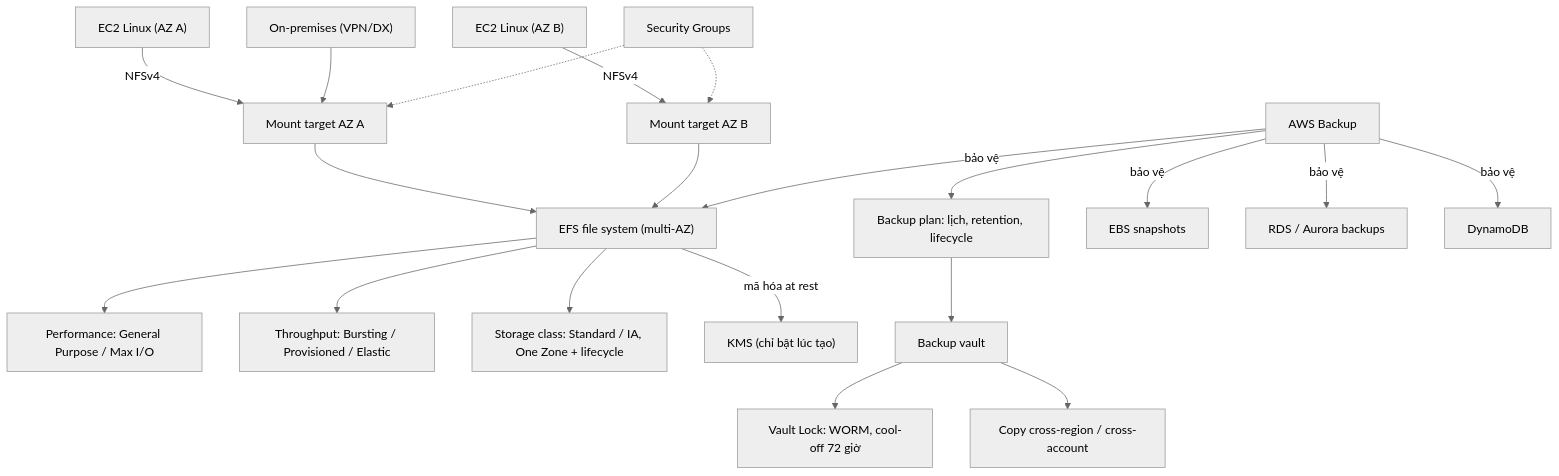
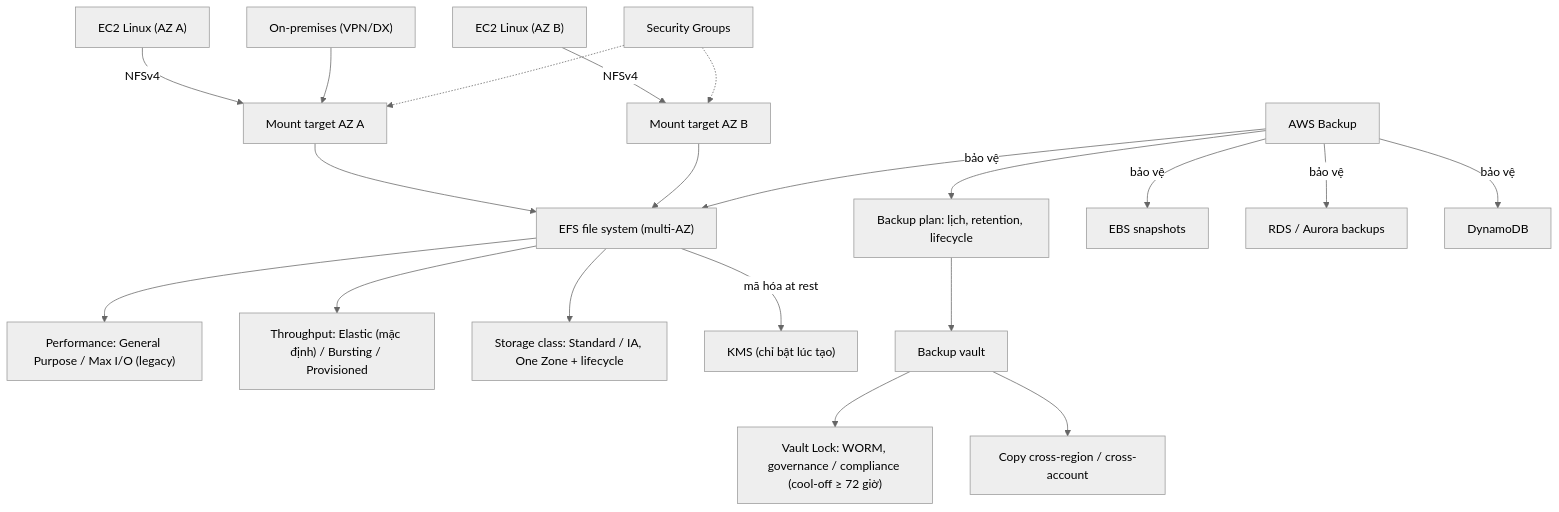
The diagram in data/12 Network Storage and Backup/_MOC 12 Network Storage and Backup.md (hairbui76/aws-saa-c03), drawn with Mermaid (neutral theme) before and after one commit. The commit also changed other lines of this file and 68 other files, not shown here.

````diff
--- a/data/12 Network Storage and Backup/_MOC 12 Network Storage and Backup.md
+++ b/data/12 Network Storage and Backup/_MOC 12 Network Storage and Backup.md
@@ -16,22 +16,22 @@
 ```mermaid
 flowchart TB
   EC2A["EC2 Linux (AZ A)"] -->|"NFSv4"| MTA["Mount target AZ A"]
   EC2B["EC2 Linux (AZ B)"] -->|"NFSv4"| MTB["Mount target AZ B"]
   ONP["On-premises (VPN/DX)"] --> MTA
   MTA --> EFS["EFS file system (multi-AZ)"]
   MTB --> EFS
   SG["Security Groups"] -.-> MTA
   SG -.-> MTB
-  EFS --> PERF["Performance: General Purpose / Max I/O"]
-  EFS --> THR["Throughput: Bursting / Provisioned / Elastic"]
+  EFS --> PERF["Performance: General Purpose / Max I/O (legacy)"]
+  EFS --> THR["Throughput: Elastic (mặc định) / Bursting / Provisioned"]
   EFS --> CLS["Storage class: Standard / IA, One Zone + lifecycle"]
   EFS -->|"mã hóa at rest"| KMS["KMS (chỉ bật lúc tạo)"]
   BAK["AWS Backup"] --> PLAN["Backup plan: lịch, retention, lifecycle"]
   PLAN --> VAULT["Backup vault"]
-  VAULT --> LOCK["Vault Lock: WORM, cool-off 72 giờ"]
+  VAULT --> LOCK["Vault Lock: WORM, governance / compliance (cool-off ≥ 72 giờ)"]
   VAULT --> COPY["Copy cross-region / cross-account"]
   BAK -->|"bảo vệ"| EFS
   BAK -->|"bảo vệ"| EBSS["EBS snapshots"]
   BAK -->|"bảo vệ"| RDSB["RDS / Aurora backups"]
   BAK -->|"bảo vệ"| DDB["DynamoDB"]
 ```
````
